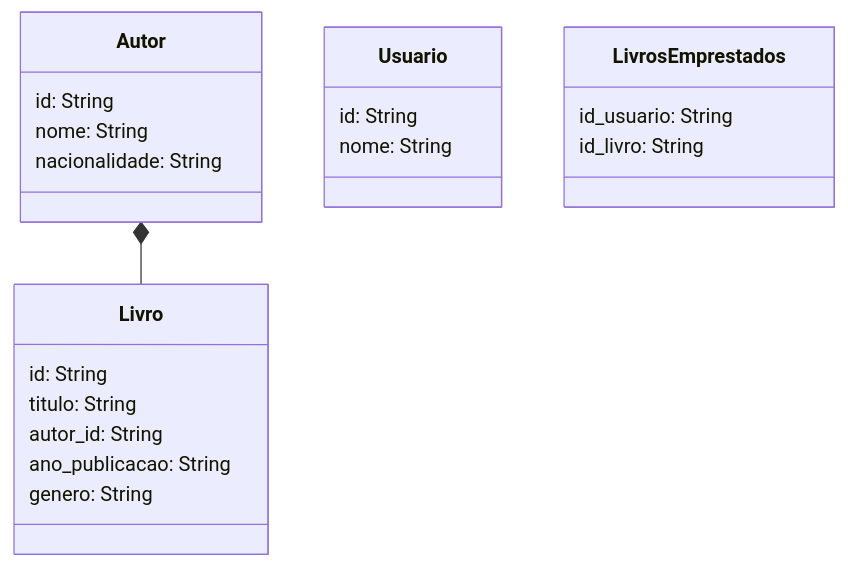
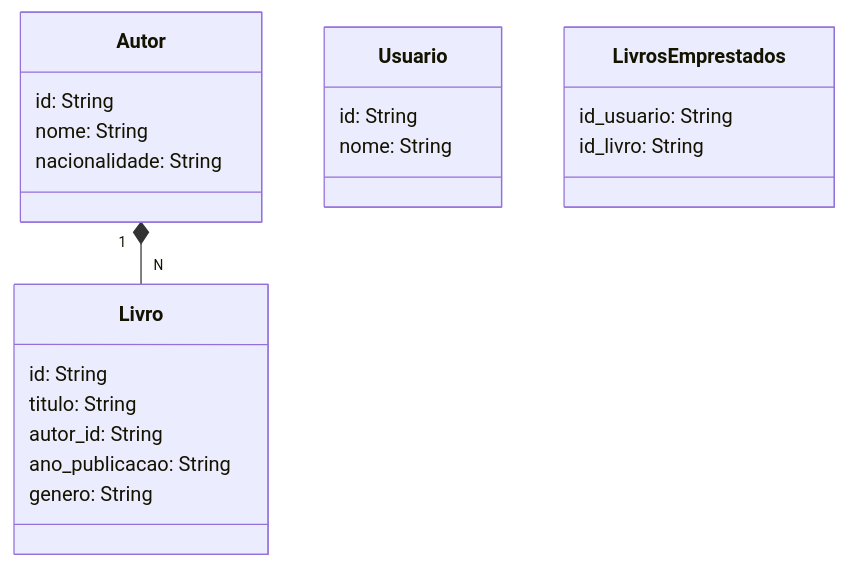
The diagram in santander-dev-week-2023/README.MD (rafael2051/Controle-de-Fluxo---Desafio), drawn with Mermaid before and after one commit.

````diff
--- a/santander-dev-week-2023/README.MD
+++ b/santander-dev-week-2023/README.MD
@@ -6,29 +6,30 @@
 ```mermaid
 classDiagram
     class Livro {
         id: String
         titulo: String
         autor_id: String
         ano_publicacao: String
         genero: String
     }
 
     class Autor {
         id: String
         nome: String
         nacionalidade: String
     }
 
     class Usuario {
         id: String
         nome: String
     }
 
     class LivrosEmprestados {
         id_usuario: String
         id_livro: String
     }
 
-    Autor *-- Livro
+    Autor "1" *-- "N" Livro
+    
 
 ```
````
